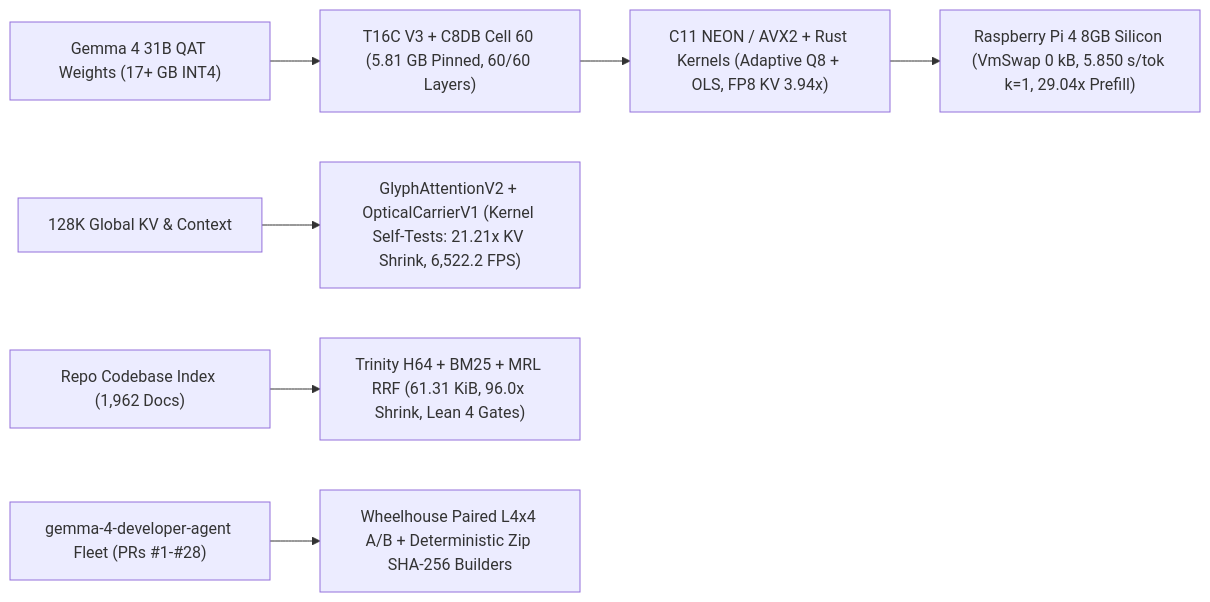
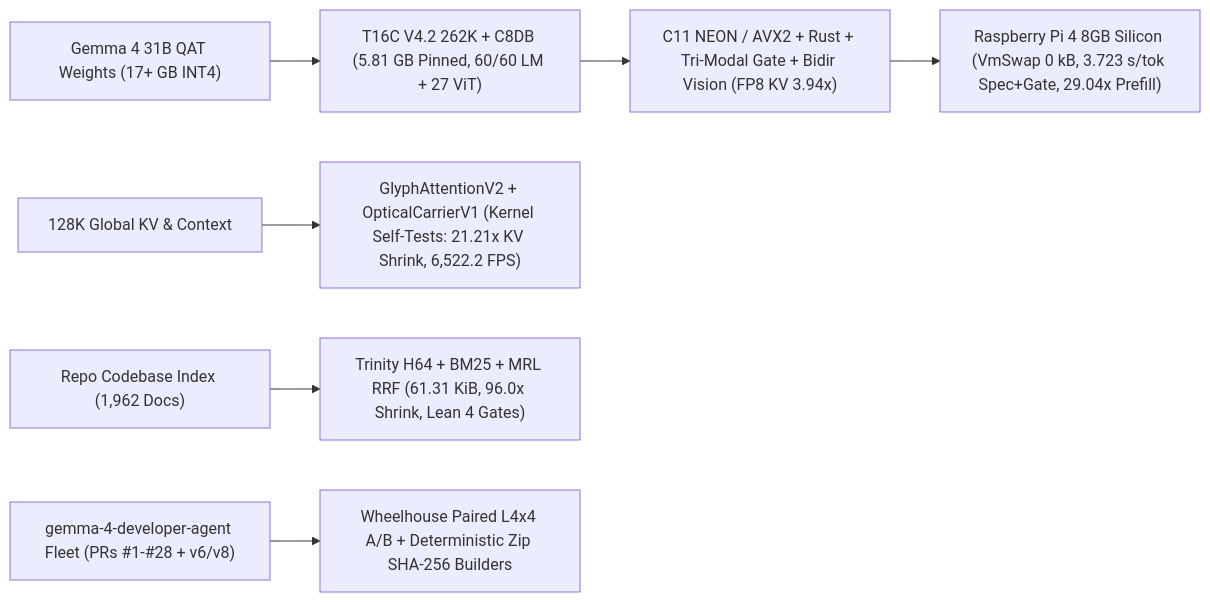
Before and after one commit to DannyB-bit/Language-U-Gemma4: the diagram in README.md, drawn with Mermaid. The commit also changed other lines of this file and 2 other files, not shown here.

Commit message:
docs+ci: update README with V4.2 262K/Tri-Modal/Vision receipts & v6/v8 SHA locks, expand receipt parity verifier, and fix CI torch/pyyaml deps

````diff
--- a/README.md
+++ b/README.md
@@ -45,10 +46,10 @@
 ```mermaid
 flowchart LR
-    QAT["Gemma 4 31B QAT Weights (17+ GB INT4)"] --> T16C["T16C V3 + C8DB Cell 60 (5.81 GB Pinned, 60/60 Layers)"]
-    T16C --> KERN["C11 NEON / AVX2 + Rust Kernels (Adaptive Q8 + OLS, FP8 KV 3.94x)"]
-    KERN --> PI4["Raspberry Pi 4 8GB Silicon (VmSwap 0 kB, 5.850 s/tok k=1, 29.04x Prefill)"]
+    QAT["Gemma 4 31B QAT Weights (17+ GB INT4)"] --> T16C["T16C V4.2 262K + C8DB (5.81 GB Pinned, 60/60 LM + 27 ViT)"]
+    T16C --> KERN["C11 NEON / AVX2 + Rust + Tri-Modal Gate + Bidir Vision (FP8 KV 3.94x)"]
+    KERN --> PI4["Raspberry Pi 4 8GB Silicon (VmSwap 0 kB, 3.723 s/tok Spec+Gate, 29.04x Prefill)"]
 
     KV["128K Global KV & Context"] --> GA["GlyphAttentionV2 + OpticalCarrierV1 (Kernel Self-Tests: 21.21x KV Shrink, 6,522.2 FPS)"]
     CODE["Repo Codebase Index (1,962 Docs)"] --> TRIN["Trinity H64 + BM25 + MRL RRF (61.31 KiB, 96.0x Shrink, Lean 4 Gates)"]
-    FLEET["gemma-4-developer-agent Fleet (PRs #1-#28)"] --> AB["Wheelhouse Paired L4x4 A/B + Deterministic Zip SHA-256 Builders"]
+    FLEET["gemma-4-developer-agent Fleet (PRs #1-#28 + v6/v8)"] --> AB["Wheelhouse Paired L4x4 A/B + Deterministic Zip SHA-256 Builders"]
 ```
````
